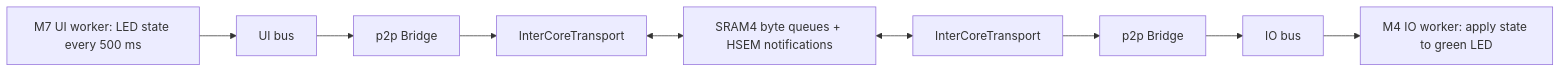
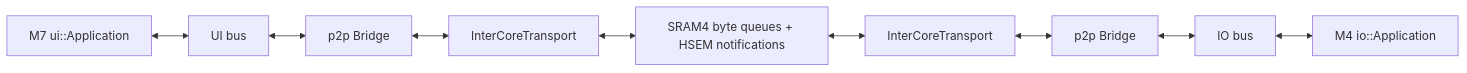
The diagram in docs/nucleo-h755ziq/README.md (daleondev/ProtoMate_Control), drawn with Mermaid before and after one commit. The commit also changed other lines of this file and 22 other files, not shown here.

````diff
--- a/docs/nucleo-h755ziq/README.md
+++ b/docs/nucleo-h755ziq/README.md
@@ -56,11 +56,11 @@
 ```mermaid
 flowchart LR
-  UI["M7 UI worker: LED state every 500 ms"] --> UB[UI bus]
-  UB --> UBridge[p2p Bridge]
-  UBridge --> UT[InterCoreTransport]
+  UI["M7 ui::Application"] <--> UB[UI bus]
+  UB <--> UBridge[p2p Bridge]
+  UBridge <--> UT[InterCoreTransport]
   UT <--> SRAM["SRAM4 byte queues + HSEM notifications"]
   SRAM <--> IT[InterCoreTransport]
-  IT --> IBridge[p2p Bridge]
-  IBridge --> IB[IO bus]
-  IB --> IO["M4 IO worker: apply state to green LED"]
+  IT <--> IBridge[p2p Bridge]
+  IBridge <--> IB[IO bus]
+  IB <--> IO["M4 io::Application"]
 ```
````
